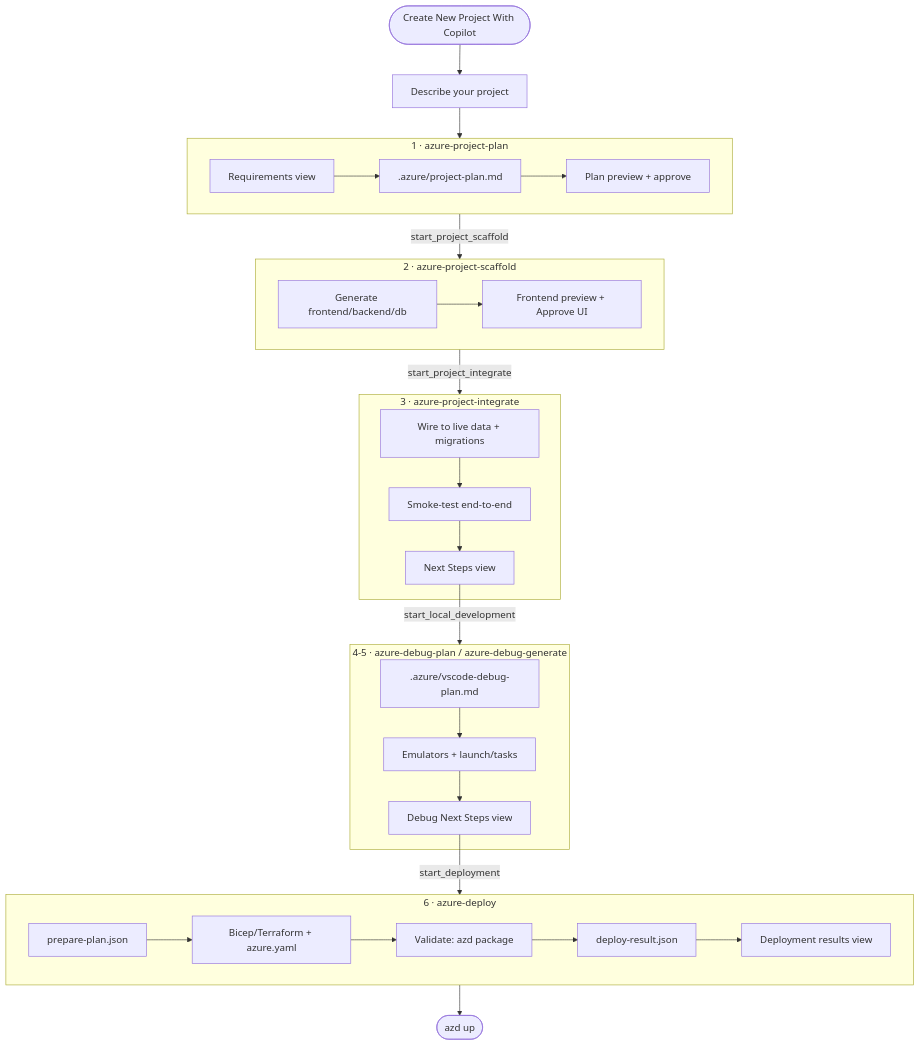
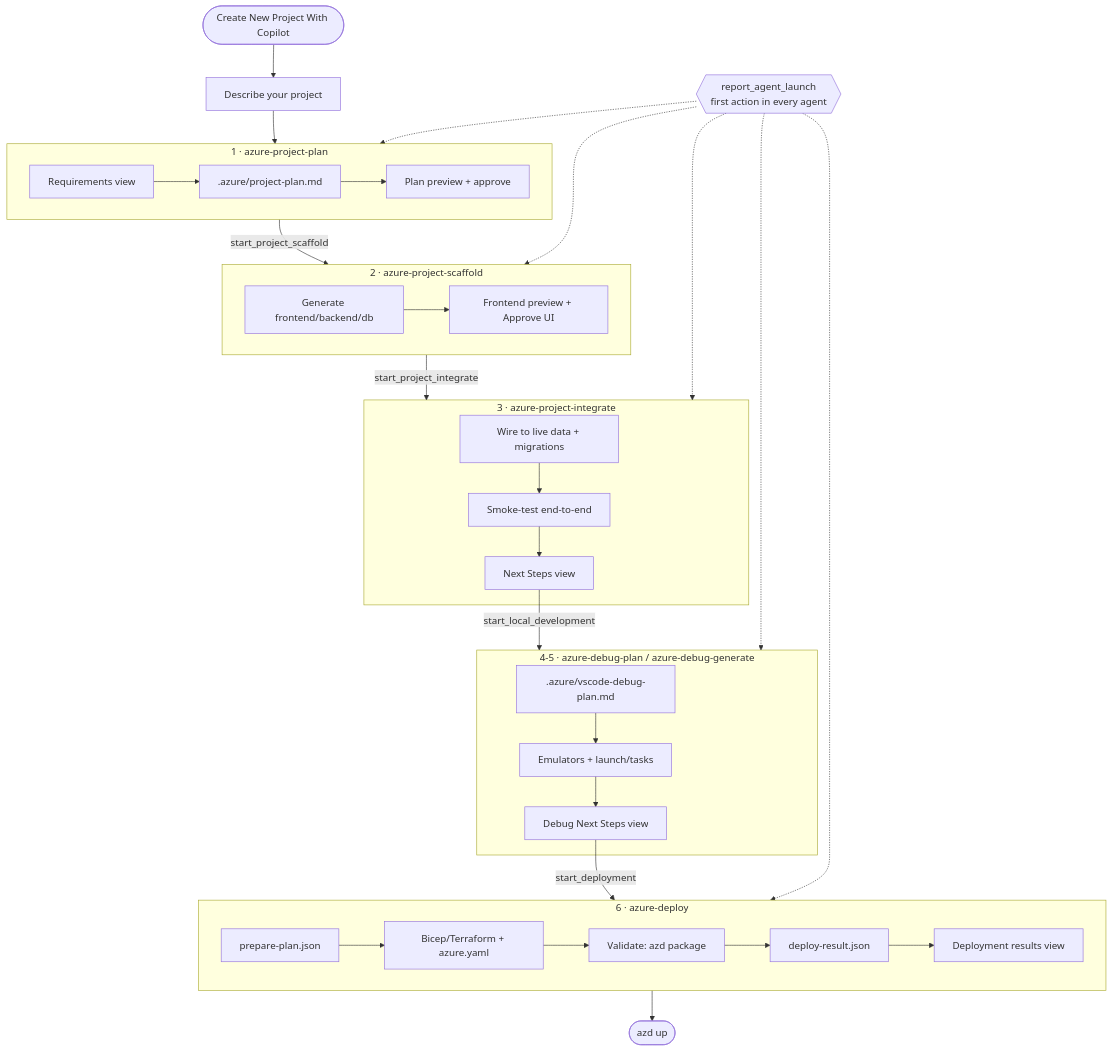
The diagram in docs/copilot-create-project.md (microsoft/vscode-azureresourcegroups), drawn with Mermaid before and after one commit. The commit also changed other lines of this file and 17 other files, not shown here.

Commit message:
Add CoR agent launch diagnostics

````diff
--- a/docs/copilot-create-project.md
+++ b/docs/copilot-create-project.md
@@ -70,35 +70,41 @@
 ```mermaid
 flowchart TD
     Start([Create New Project With Copilot]) --> Prompt[Describe your project]
     Prompt --> Plan
+    StartupReport{{report_agent_launch<br/>first action in every agent}}
 
     subgraph Plan[1 · azure-project-plan]
         Req[Requirements view] --> PlanDoc[.azure/project-plan.md] --> PlanView[Plan preview + approve]
     end
 
     Plan -->|start_project_scaffold| Scaffold
 
     subgraph Scaffold[2 · azure-project-scaffold]
         Gen[Generate frontend/backend/db] --> Preview[Frontend preview + Approve UI]
     end
 
     Scaffold -->|start_project_integrate| Integrate
 
     subgraph Integrate[3 · azure-project-integrate]
         Wire[Wire to live data + migrations] --> Smoke[Smoke-test end-to-end] --> Next1[Next Steps view]
     end
 
     Next1 -->|start_local_development| Debug
 
     subgraph Debug[4-5 · azure-debug-plan / azure-debug-generate]
         DbgPlan[.azure/vscode-debug-plan.md] --> DbgGen[Emulators + launch/tasks] --> Next2[Debug Next Steps view]
     end
 
     Next2 -->|start_deployment| Deploy
 
     subgraph Deploy[6 · azure-deploy]
         DepPlan[prepare-plan.json] --> Infra[Bicep/Terraform + azure.yaml] --> AzdPkg[Validate: azd package] --> DepResult[deploy-result.json] --> ResultView[Deployment results view]
     end
 
+    StartupReport -.-> Plan
+    StartupReport -.-> Scaffold
+    StartupReport -.-> Integrate
+    StartupReport -.-> Debug
+    StartupReport -.-> Deploy
     Deploy --> Done([azd up])
 ```
````
